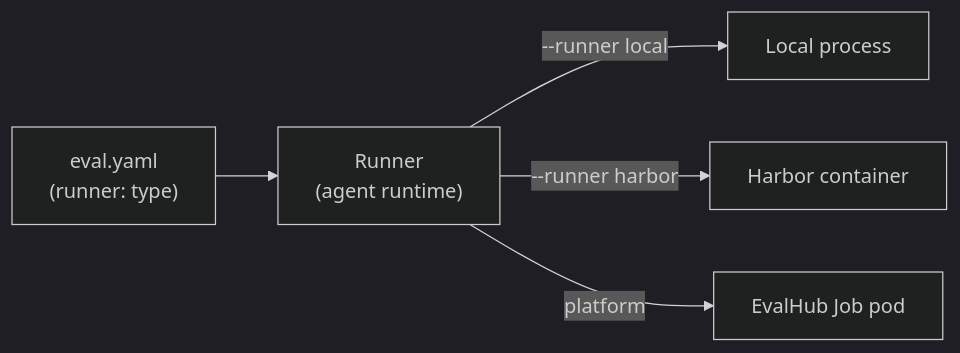
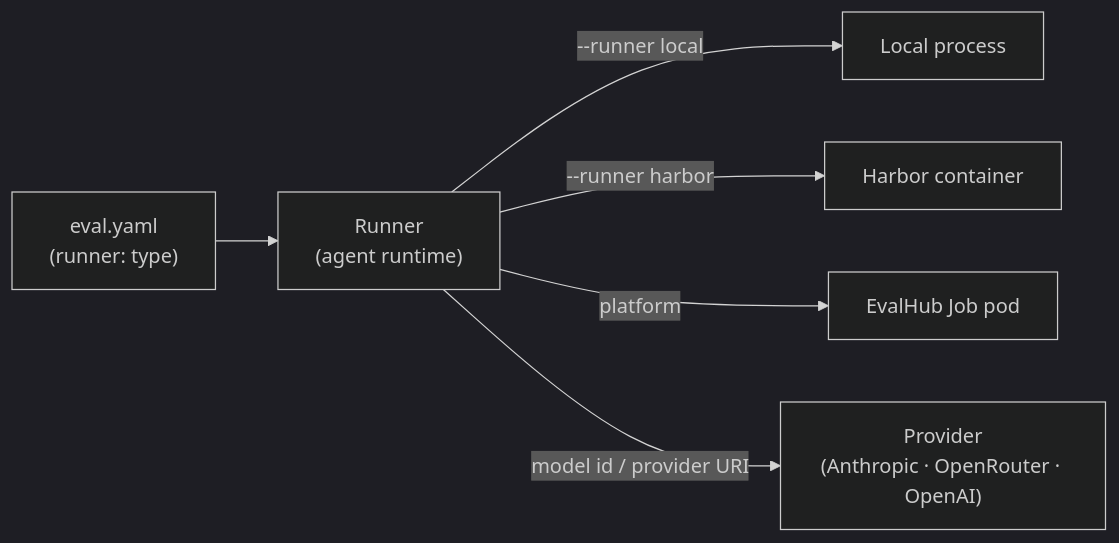
Before and after one commit to opendatahub-io/agent-eval-harness: the diagram in website/reference/glossary.md, drawn with Mermaid (dark theme). The commit also changed other lines of this file and 31 other files, not shown here.

````diff
--- a/website/reference/glossary.md
+++ b/website/reference/glossary.md
@@ -31,7 +35,8 @@
 ```mermaid
 flowchart LR
     C["eval.yaml<br/>(runner: type)"] --> R["Runner<br/>(agent runtime)"]
     R -->|--runner local| L["Local process"]
     R -->|--runner harbor| H["Harbor container"]
     R -->|platform| E["EvalHub Job pod"]
+    R -->|"model id / provider URI"| P["Provider<br/>(Anthropic · OpenRouter · OpenAI)"]
 ```
````
